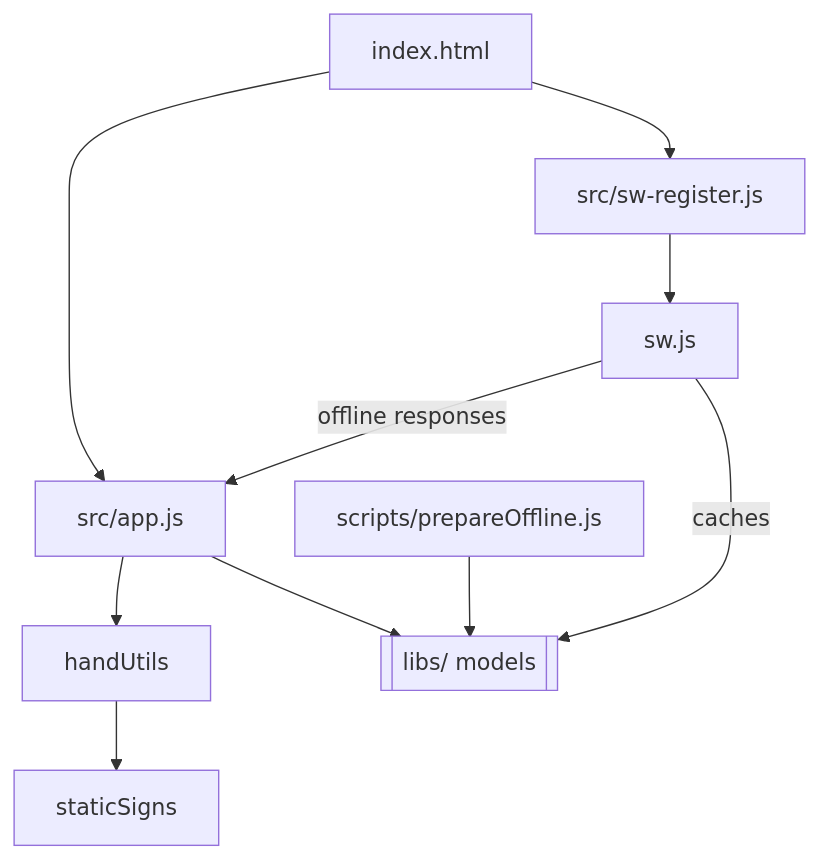
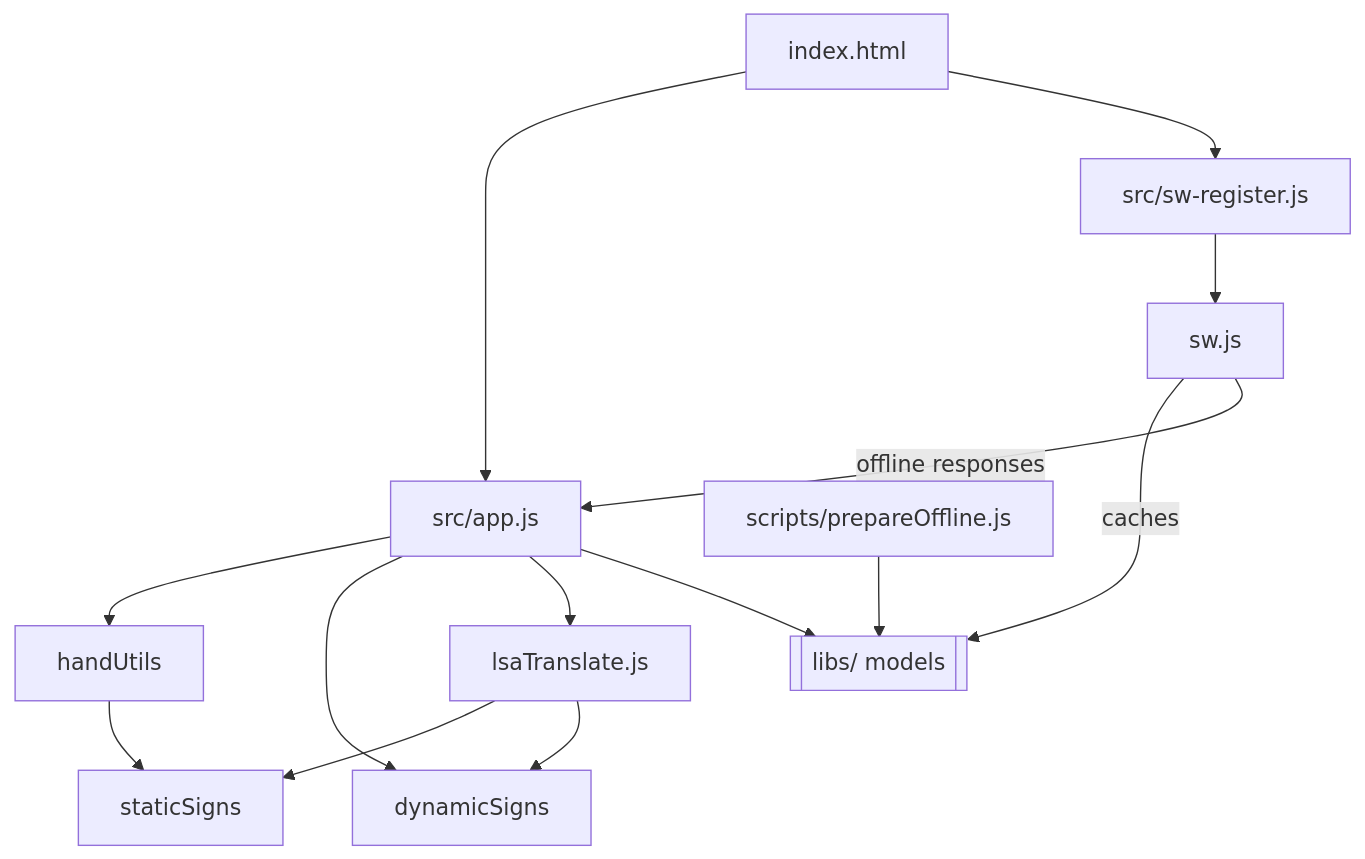
Before and after one commit to GatDeguin/Se-AR2: the diagram in docs/architecture.md, drawn with Mermaid. The commit also changed other lines of this file and 1 other file, not shown here.

Commit message:
docs: update architecture and README

````diff
--- a/docs/architecture.md
+++ b/docs/architecture.md
@@ -31,12 +33,16 @@
 ```mermaid
 graph TD
   index["index.html"] --> app[src/app.js]
   index --> swreg[src/sw-register.js]
   swreg --> sw[sw.js]
   app --> handUtils
   handUtils --> staticSigns
+  app --> dynamicSigns
+  app --> lsa[lsaTranslate.js]
+  lsa --> staticSigns
+  lsa --> dynamicSigns
   app --> libs[["libs/ models"]]
   prepareOffline[scripts/prepareOffline.js] --> libs
   sw -- caches --> libs
   sw -- offline responses --> app
 ```
````
